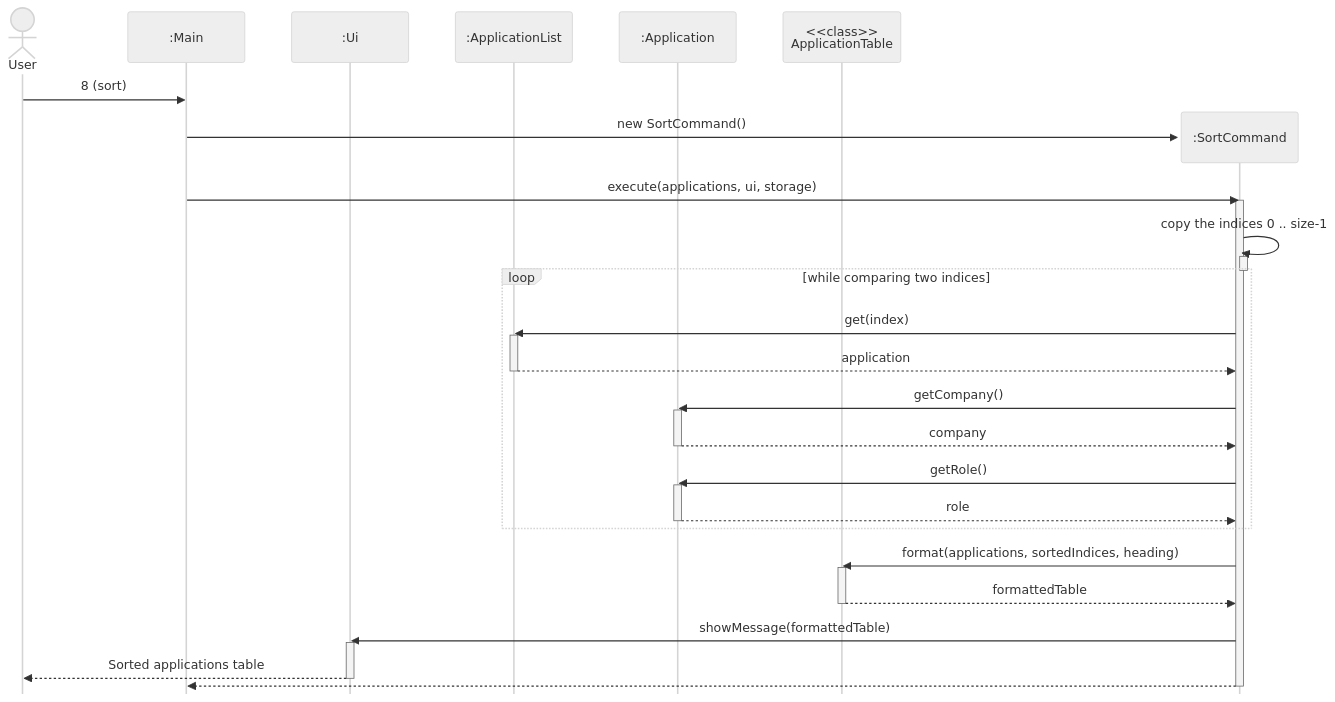
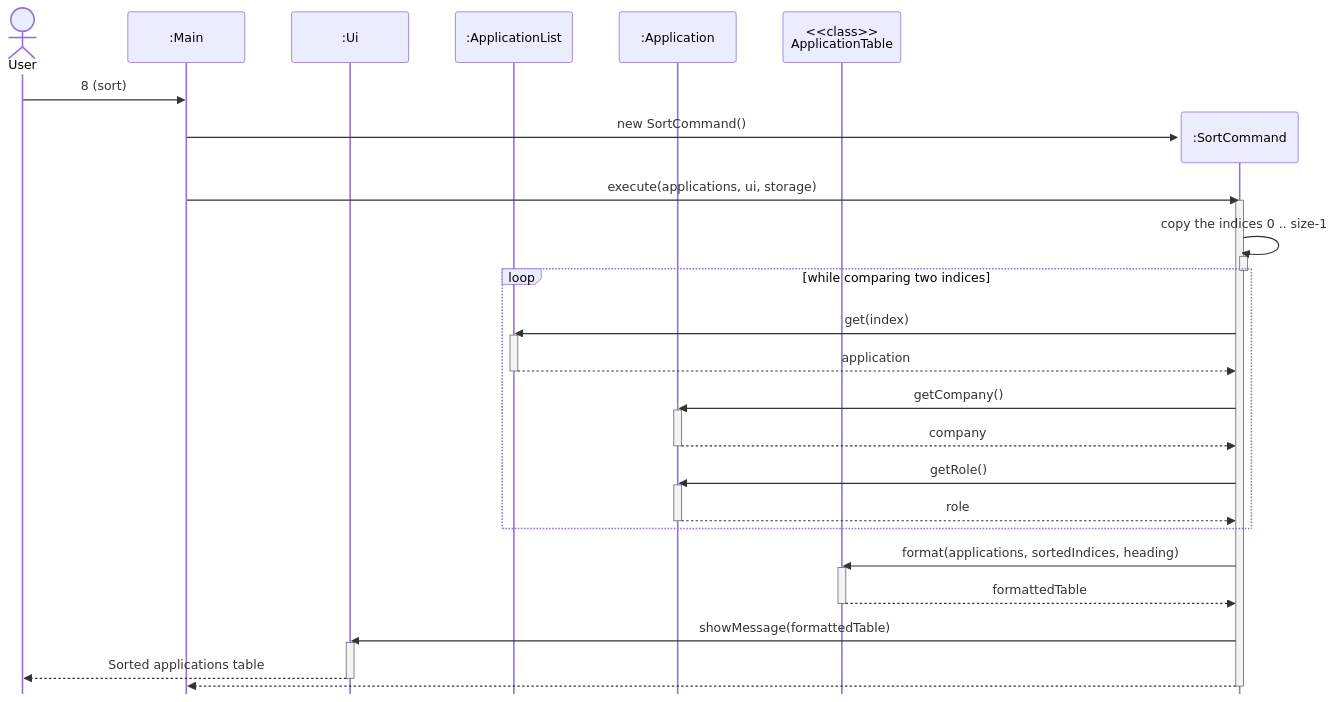
One commit to AY2627S1-CS2113-T10-2/tp changed the diagram in docs/diagrams/sources/sort-sequence.mmd. Above: the diagram before and after it, drawn with Mermaid. The commit also changed 49 other files, not shown here.

Commit message:
update new UML diagrams

```diff
--- a/docs/diagrams/sources/sort-sequence.mmd
+++ b/docs/diagrams/sources/sort-sequence.mmd
@@ -1,43 +1,43 @@
-%%{init: {'theme': 'neutral', 'sequence': {'mirrorActors': false, 'actorMargin': 60, 'messageMargin': 28}}}%%
+%%{init: {'theme': 'default', 'sequence': {'mirrorActors': false, 'actorMargin': 60, 'messageMargin': 28}}}%%
 sequenceDiagram
     actor user as User
     participant main as :Main
     participant ui as :Ui
     participant list as :ApplicationList
     participant app as :Application
     participant table as <<class>><br/>ApplicationTable
 
     user->>main: 8 (sort)
     create participant cmd as :SortCommand
     main->>cmd: new SortCommand()
     main->>cmd: execute(applications, ui, storage)
     activate cmd
     cmd->>cmd: copy the indices 0 .. size-1
     activate cmd
     deactivate cmd
 
     loop while comparing two indices
         cmd->>list: get(index)
         activate list
         list-->>cmd: application
         deactivate list
         cmd->>app: getCompany()
         activate app
         app-->>cmd: company
         deactivate app
         cmd->>app: getRole()
         activate app
         app-->>cmd: role
         deactivate app
     end
 
     cmd->>table: format(applications, sortedIndices, heading)
     activate table
     table-->>cmd: formattedTable
     deactivate table
     cmd->>ui: showMessage(formattedTable)
     activate ui
     ui-->>user: Sorted applications table
     deactivate ui
     cmd-->>main:
     deactivate cmd
```
